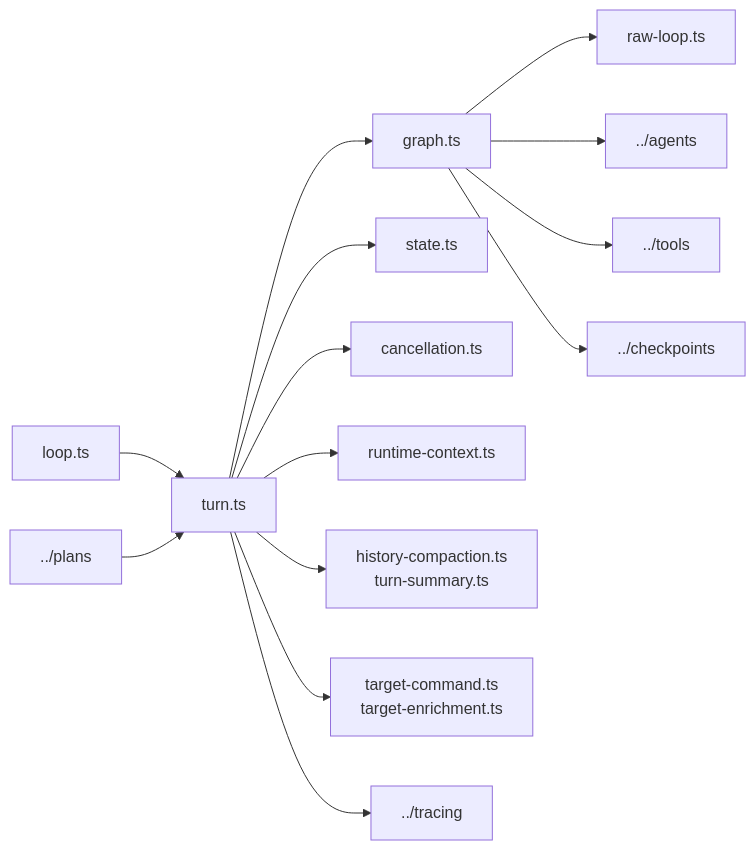
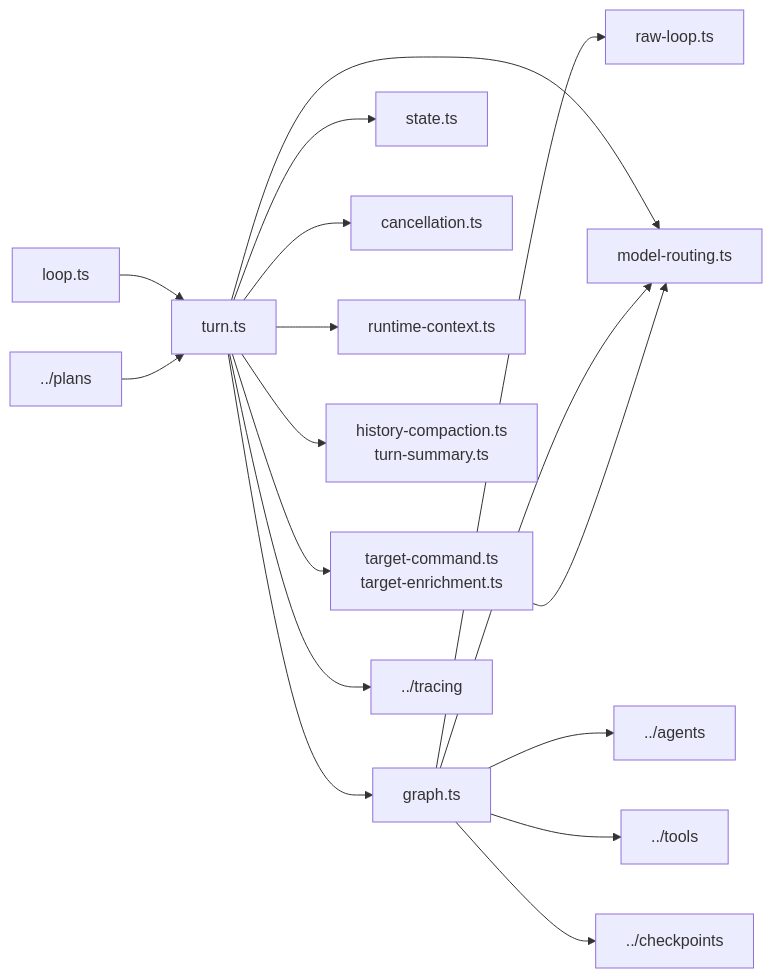
The diagram in shipyard/src/engine/README.md (thisisyoussef/shipyard), drawn with Mermaid before and after one commit. The commit also changed other lines of this file and 19 other files, not shown here.

Commit message:
feat: add provider model routing

````diff
--- a/shipyard/src/engine/README.md
+++ b/shipyard/src/engine/README.md
@@ -45,31 +48,35 @@
 ```mermaid
 flowchart LR
   Loop["loop.ts"]
   Turn["turn.ts"]
   Graph["graph.ts"]
   Raw["raw-loop.ts"]
+  Routing["model-routing.ts"]
   State["state.ts"]
   Cancel["cancellation.ts"]
   RuntimeCtx["runtime-context.ts"]
   Summary["history-compaction.ts<br/>turn-summary.ts"]
   Commands["target-command.ts<br/>target-enrichment.ts"]
   Plans["../plans"]
   Agents["../agents"]
   Tools["../tools"]
   Checkpoints["../checkpoints"]
   Traces["../tracing"]
 
   Loop --> Turn
   Plans --> Turn
   Turn --> State
   Turn --> Cancel
   Turn --> RuntimeCtx
   Turn --> Summary
   Turn --> Graph
+  Turn --> Routing
   Turn --> Commands
   Graph --> Raw
+  Graph --> Routing
   Graph --> Agents
   Graph --> Tools
   Graph --> Checkpoints
+  Commands --> Routing
   Turn --> Traces
 ```
````
